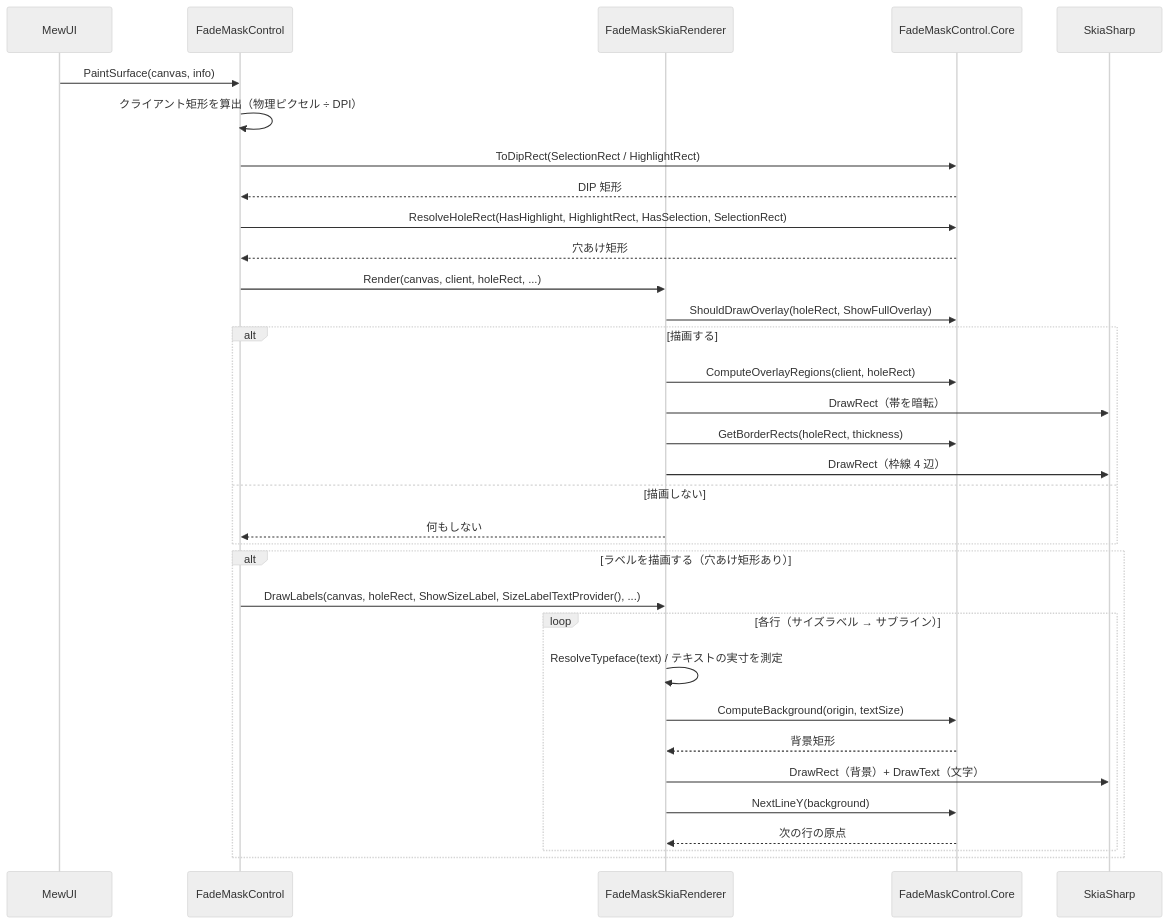
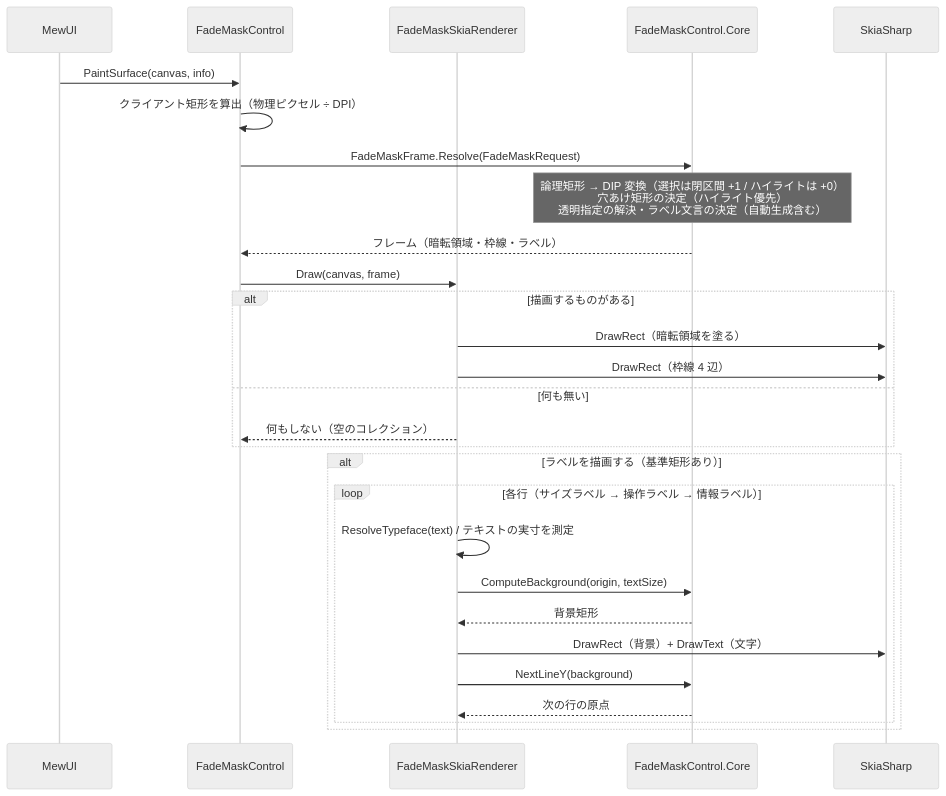
Before and after one commit to tomokuni/SaveEvidence: the second of 2 diagrams in src/FadeMaskControl.MewUI/SPEC_System.md, drawn with Mermaid (neutral theme). The commit also changed other lines of this file and 63 other files, not shown here.

First line of the commit message:
FadeMaskControlの描画契約を整理

````diff
--- a/src/FadeMaskControl.MewUI/SPEC_System.md
+++ b/src/FadeMaskControl.MewUI/SPEC_System.md
@@ -153,36 +183,31 @@
 ```mermaid
 sequenceDiagram
     participant MW as MewUI
     participant F as FadeMaskControl
     participant R as FadeMaskSkiaRenderer
     participant C as FadeMaskControl.Core
     participant SK as SkiaSharp
 
     MW->>F: PaintSurface(canvas, info)
     F->>F: クライアント矩形を算出（物理ピクセル ÷ DPI）
-    F->>C: ToDipRect(SelectionRect / HighlightRect)
-    C-->>F: DIP 矩形
-    F->>C: ResolveHoleRect(HasHighlight, HighlightRect, HasSelection, SelectionRect)
-    C-->>F: 穴あけ矩形
-    F->>R: Render(canvas, client, holeRect, ...)
-    R->>C: ShouldDrawOverlay(holeRect, ShowFullOverlay)
-    alt 描画する
-        R->>C: ComputeOverlayRegions(client, holeRect)
-        R->>SK: DrawRect（帯を暗転）
-        R->>C: GetBorderRects(holeRect, thickness)
+    F->>C: FadeMaskFrame.Resolve(FadeMaskRequest)
+    Note over C: 論理矩形 → DIP 変換（選択は閉区間 +1 / ハイライトは +0）<br/>穴あけ矩形の決定（ハイライト優先）<br/>透明指定の解決・ラベル文言の決定（自動生成含む）
+    C-->>F: フレーム（暗転領域・枠線・ラベル）
+    F->>R: Draw(canvas, frame)
+    alt 描画するものがある
+        R->>SK: DrawRect（暗転領域を塗る）
         R->>SK: DrawRect（枠線 4 辺）
-    else 描画しない
-        R-->>F: 何もしない
+    else 何も無い
+        R-->>F: 何もしない（空のコレクション）
     end
-    alt ラベルを描画する（穴あけ矩形あり）
-        F->>R: DrawLabels(canvas, holeRect, ShowSizeLabel, SizeLabelTextProvider(), ...)
-        loop 各行（サイズラベル → サブライン）
+    alt ラベルを描画する（基準矩形あり）
+        loop 各行（サイズラベル → 操作ラベル → 情報ラベル）
             R->>R: ResolveTypeface(text) / テキストの実寸を測定
             R->>C: ComputeBackground(origin, textSize)
             C-->>R: 背景矩形
             R->>SK: DrawRect（背景）+ DrawText（文字）
             R->>C: NextLineY(background)
             C-->>R: 次の行の原点
         end
     end
 ```
````
